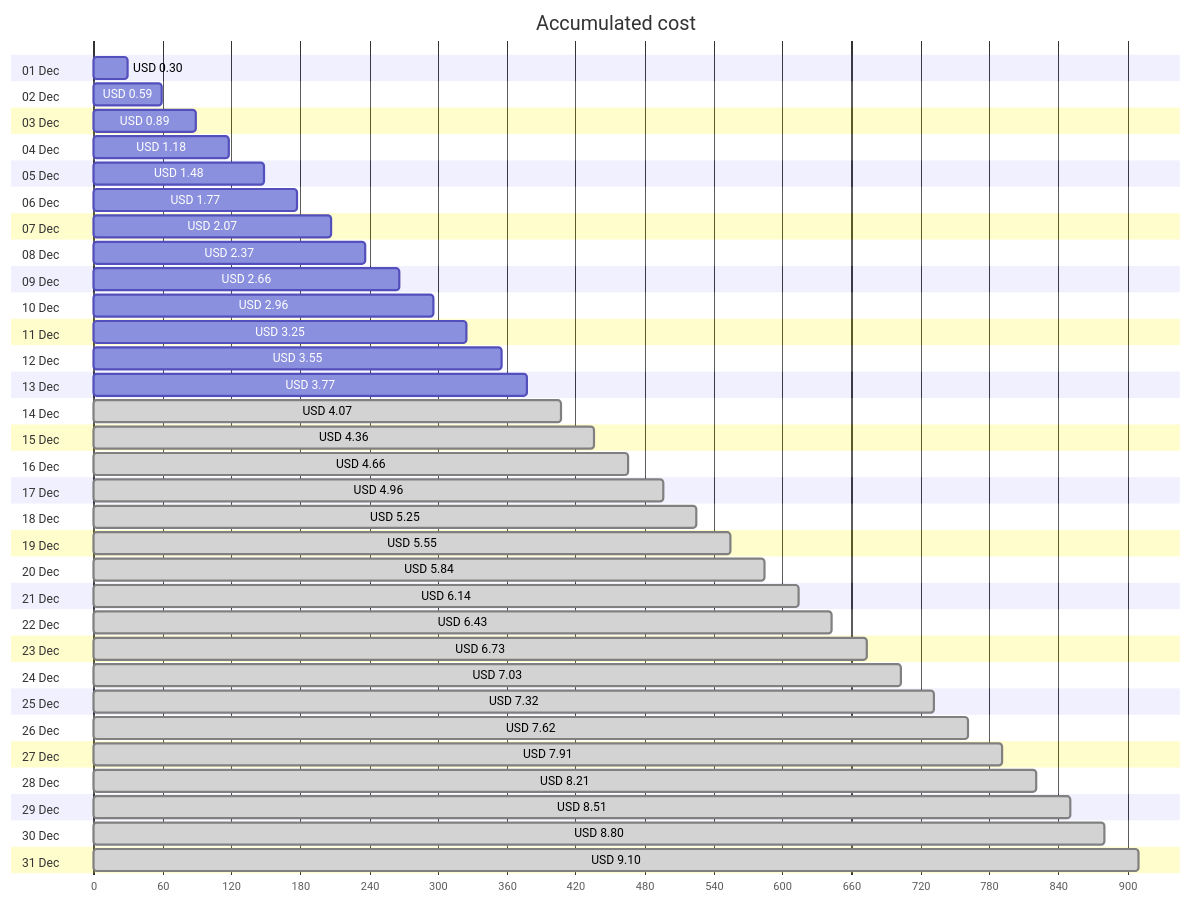
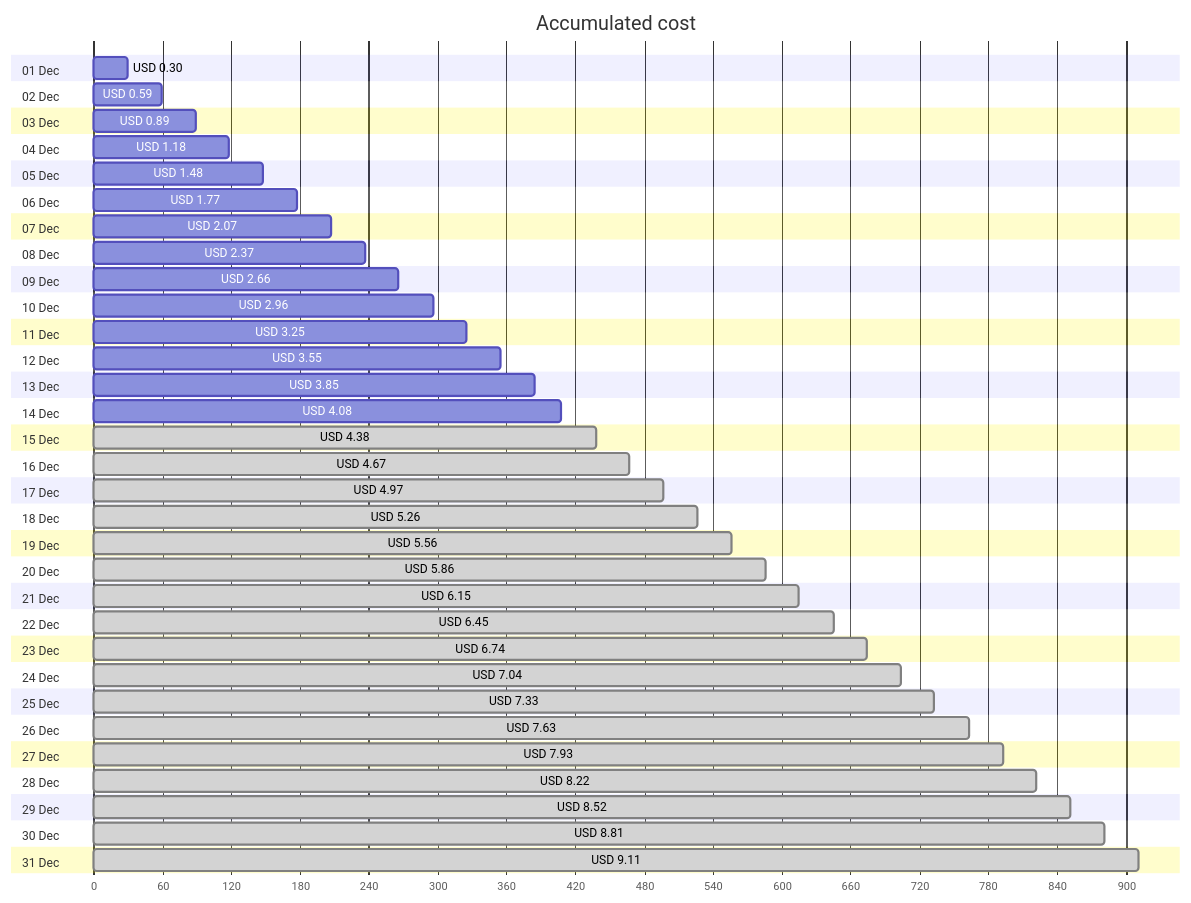
Before and after one commit to jpfulton/azure-personal-reports: the first of 4 diagrams in cost-reports/personal-site/personal-site.md, drawn with Mermaid. The commit also changed other lines of this file and 6 other files, not shown here.

````diff
--- a/cost-reports/personal-site/personal-site.md
+++ b/cost-reports/personal-site/personal-site.md
@@ -20,68 +20,68 @@
 ```mermaid
 gantt
    title Accumulated cost
    dateFormat  X
    axisFormat %s
    section 01 Dec
    USD 0.30 :0, 30
    section 02 Dec
    USD 0.59 :0, 59
    section 03 Dec
    USD 0.89 :0, 89
    section 04 Dec
    USD 1.18 :0, 118
    section 05 Dec
    USD 1.48 :0, 148
    section 06 Dec
    USD 1.77 :0, 177
    section 07 Dec
    USD 2.07 :0, 207
    section 08 Dec
    USD 2.37 :0, 237
    section 09 Dec
    USD 2.66 :0, 266
    section 10 Dec
    USD 2.96 :0, 296
    section 11 Dec
    USD 3.25 :0, 325
    section 12 Dec
    USD 3.55 :0, 355
    section 13 Dec
-   USD 3.77 :0, 377
+   USD 3.85 :0, 385
    section 14 Dec
-   USD 4.07 : done, 0, 407
+   USD 4.08 :0, 408
    section 15 Dec
-   USD 4.36 : done, 0, 436
+   USD 4.38 : done, 0, 438
    section 16 Dec
-   USD 4.66 : done, 0, 466
+   USD 4.67 : done, 0, 467
    section 17 Dec
-   USD 4.96 : done, 0, 496
+   USD 4.97 : done, 0, 497
    section 18 Dec
-   USD 5.25 : done, 0, 525
+   USD 5.26 : done, 0, 526
    section 19 Dec
-   USD 5.55 : done, 0, 555
+   USD 5.56 : done, 0, 556
    section 20 Dec
-   USD 5.84 : done, 0, 584
+   USD 5.86 : done, 0, 586
    section 21 Dec
-   USD 6.14 : done, 0, 614
+   USD 6.15 : done, 0, 615
    section 22 Dec
-   USD 6.43 : done, 0, 643
+   USD 6.45 : done, 0, 645
    section 23 Dec
-   USD 6.73 : done, 0, 673
+   USD 6.74 : done, 0, 674
    section 24 Dec
-   USD 7.03 : done, 0, 703
+   USD 7.04 : done, 0, 704
    section 25 Dec
-   USD 7.32 : done, 0, 732
+   USD 7.33 : done, 0, 733
    section 26 Dec
-   USD 7.62 : done, 0, 762
+   USD 7.63 : done, 0, 763
    section 27 Dec
-   USD 7.91 : done, 0, 791
+   USD 7.93 : done, 0, 793
    section 28 Dec
-   USD 8.21 : done, 0, 821
+   USD 8.22 : done, 0, 822
    section 29 Dec
-   USD 8.51 : done, 0, 851
+   USD 8.52 : done, 0, 852
    section 30 Dec
-   USD 8.80 : done, 0, 880
+   USD 8.81 : done, 0, 881
    section 31 Dec
-   USD 9.10 : done, 0, 910
+   USD 9.11 : done, 0, 911
 ```
````
